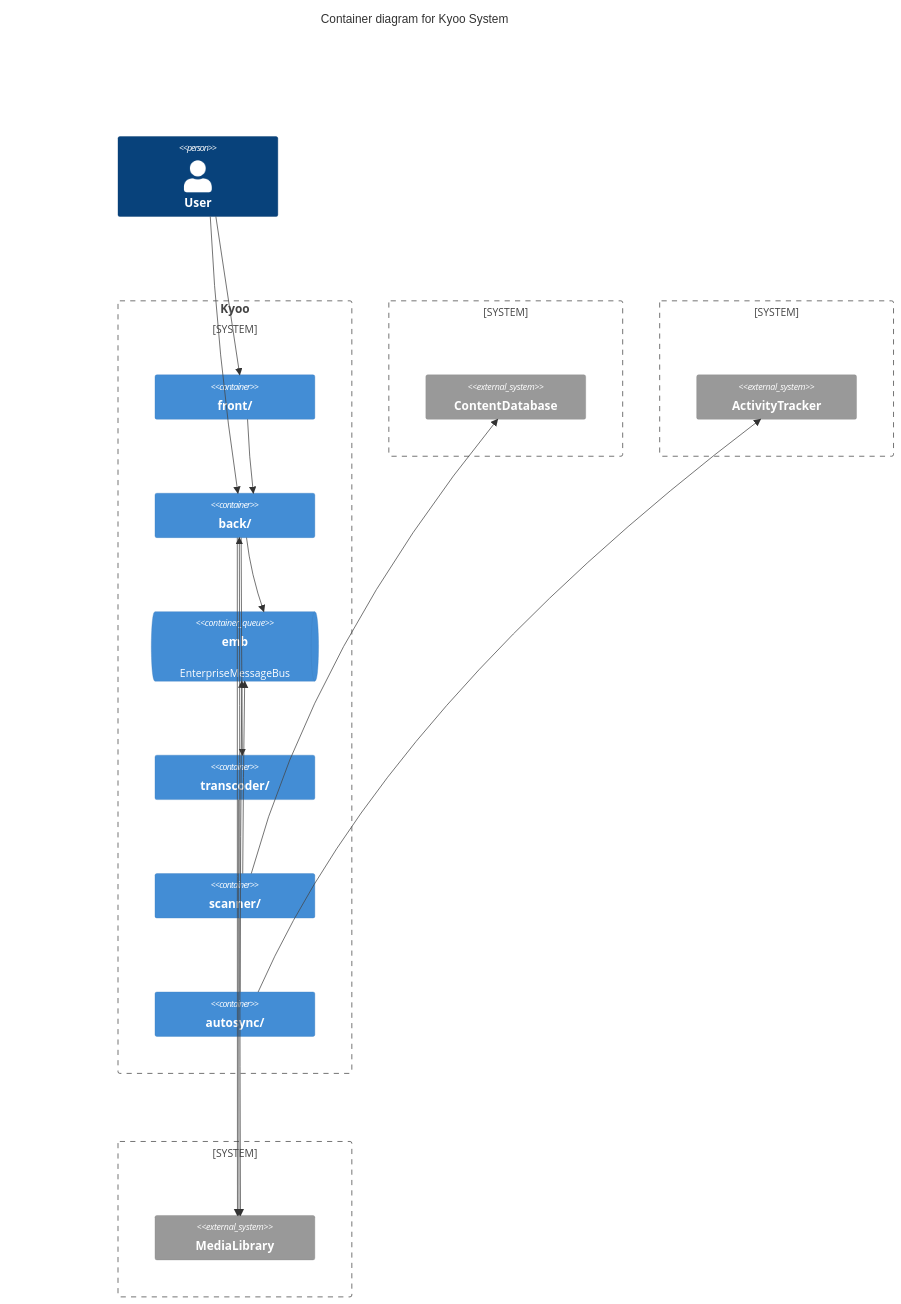
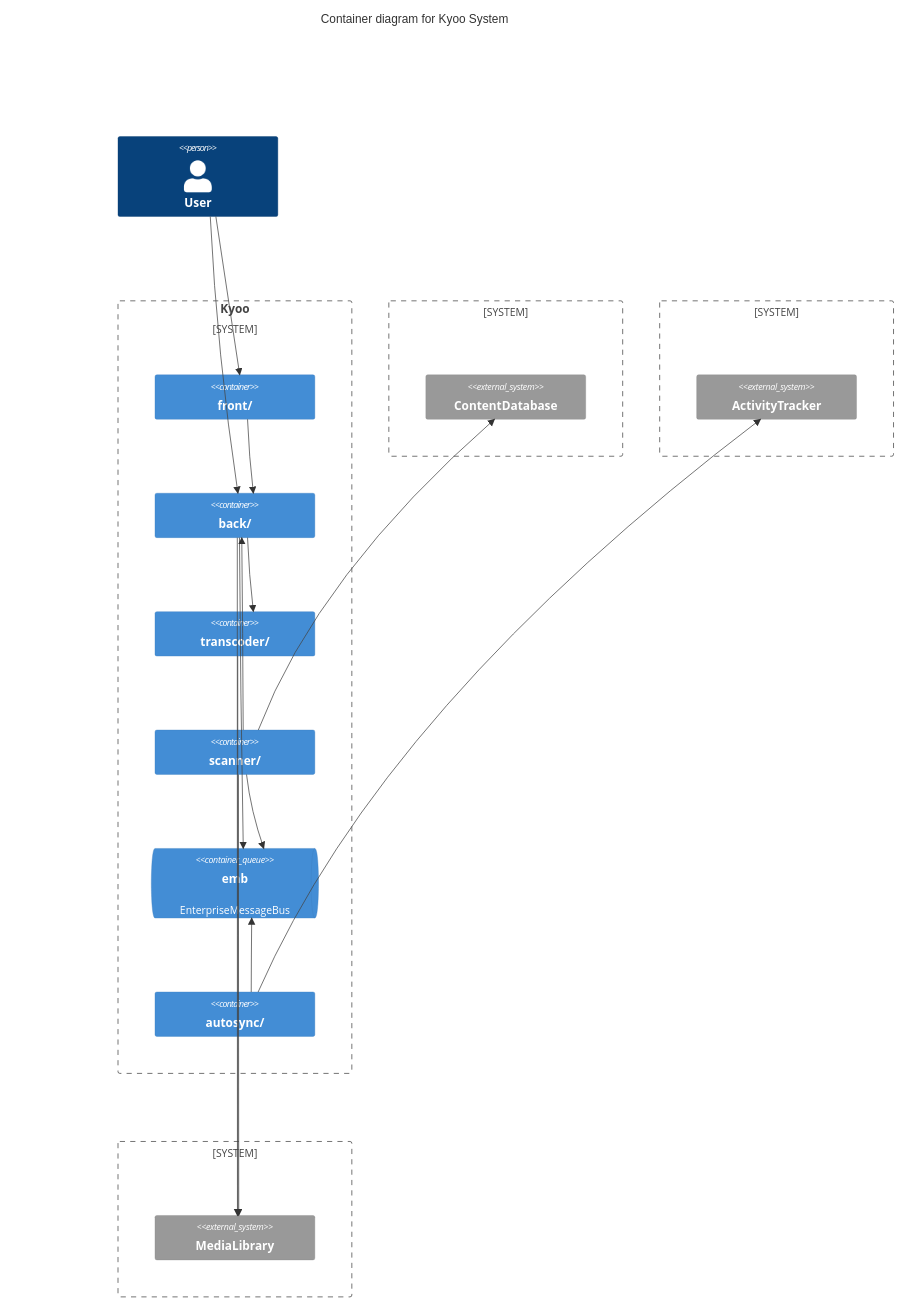
The third of 8 diagrams in DIAGRAMS.md (zoriya/Kyoo), drawn with Mermaid before and after one commit. The commit also changed other lines of this file, not shown here.

Commit message:
reorder container diagram

````diff
--- a/DIAGRAMS.md
+++ b/DIAGRAMS.md
@@ -92,39 +92,39 @@
 ```mermaid
 C4Container
   UpdateLayoutConfig($c4ShapeInRow="3", $c4BoundaryInRow="3")
 
   title Container diagram for Kyoo System
 
   Person(user, "User")
   System_Boundary(internal, "Kyoo") {
     Container(frontend, "front/")
     Container(backend, "back/")
-    ContainerQueue(emb, "emb", "", "EnterpriseMessageBus")
     Container(transcoder, "transcoder/")
     Container(scanner, "scanner/")
+    ContainerQueue(emb, "emb", "", "EnterpriseMessageBus")
     Container(autosync, "autosync/")
   }
   System_Boundary(external, "") {
     System_Ext(content, "ContentDatabase", "")
   }
   System_Boundary(external2, "") {
     System_Ext(tracker, "ActivityTracker", "")
   }
   System_Boundary(external3, "") {
     System_Ext(media, "MediaLibrary", "")
   }
 
   Rel(user, frontend, "")
   Rel(user, backend, "")
   Rel(frontend, backend, "")
   Rel(backend, emb, "")
   Rel(backend, media, "")
   Rel(backend, transcoder, "")
   Rel(autosync, emb, "")
   Rel(autosync, tracker, "")
   Rel(scanner, emb, "")
   Rel(scanner, backend, "")
   Rel(scanner, media, "")
   Rel(scanner, content, "")
   Rel(transcoder, media, "")
 ```
````
